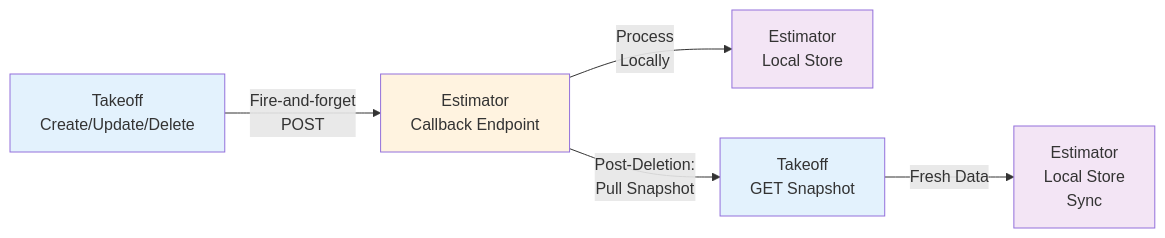
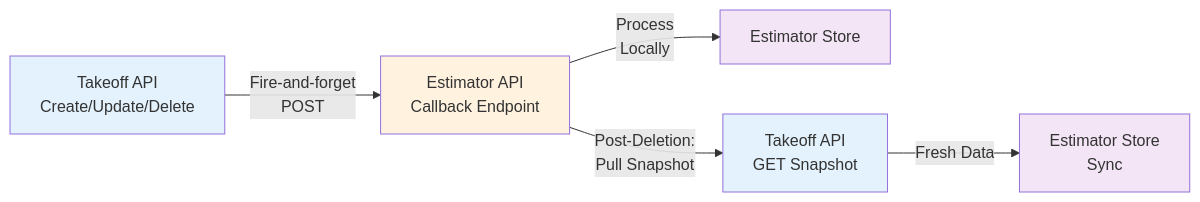
Before and after one commit to pkarabut-bw/embedded-integration: the sixth of 7 diagrams in docs/contract-diagrams.md, drawn with Mermaid. The commit also changed other lines of this file, not shown here.

Commit message:
updated diagrams

````diff
--- a/docs/contract-diagrams.md
+++ b/docs/contract-diagrams.md
@@ -215,13 +155,13 @@
 ```mermaid
 graph LR
-    A["Takeoff<br/>Create/Update/Delete"] -->|Fire-and-forget<br/>POST| B["Estimator<br/>Callback Endpoint"]
-    B -->|Process<br/>Locally| C["Estimator<br/>Local Store"]
-    B -->|Post-Deletion:<br/>Pull Snapshot| D["Takeoff<br/>GET Snapshot"]
-    D -->|Fresh Data| E["Estimator<br/>Local Store<br/>Sync"]
+    A["Takeoff API<br/>Create/Update/Delete"] -->|Fire-and-forget<br/>POST| B["Estimator API<br/>Callback Endpoint"]
+    B -->|Process<br/>Locally| C["Estimator Store"]
+    B -->|Post-Deletion:<br/>Pull Snapshot| D["Takeoff API<br/>GET Snapshot"]
+    D -->|Fresh Data| E["Estimator Store<br/>Sync"]
     
     style A fill:#e3f2fd
     style B fill:#fff3e0
     style C fill:#f3e5f5
     style D fill:#e3f2fd
     style E fill:#f3e5f5
 ```
````
